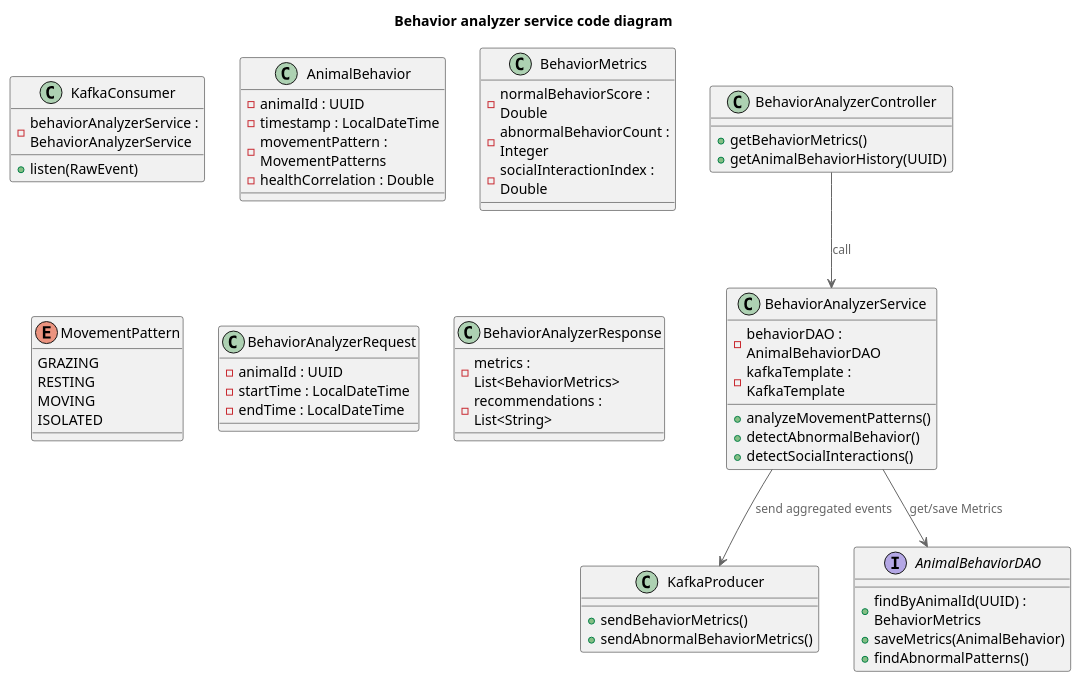
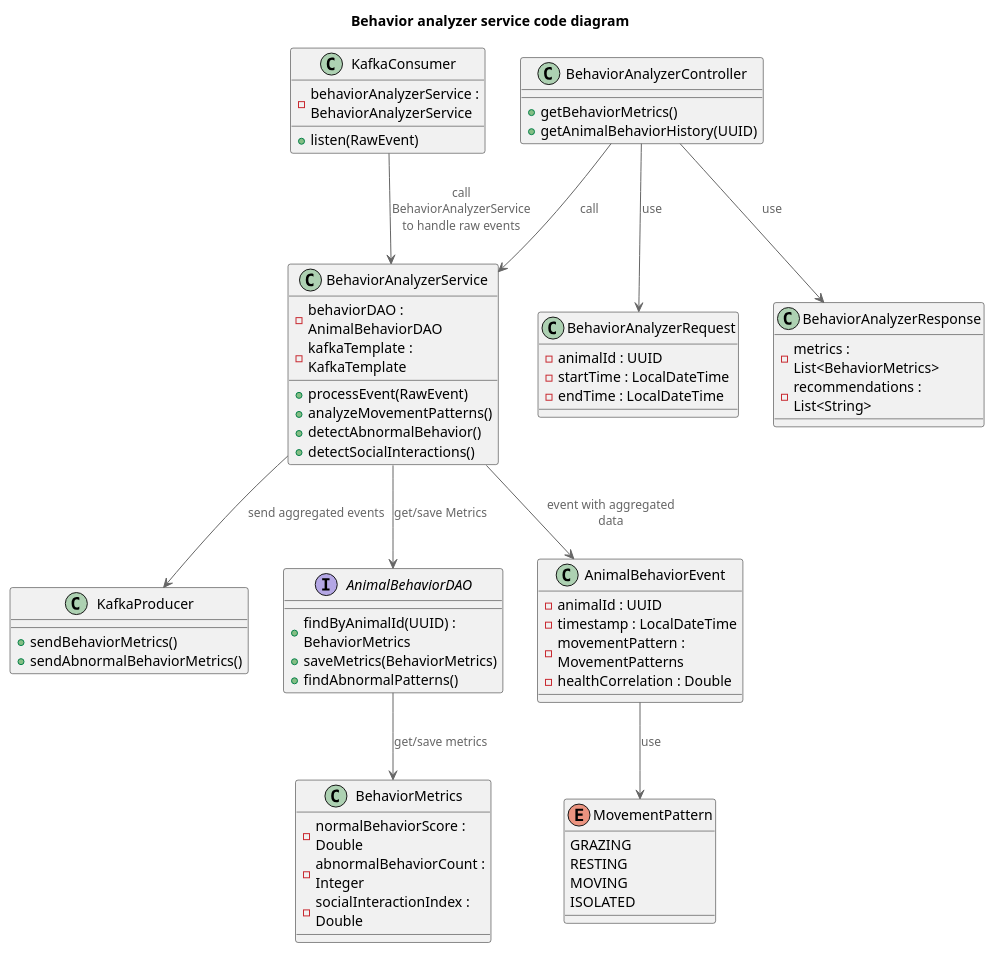
One commit to kmalkova94/MSA-AgroTech changed the diagram in Task3/C4(alt).puml. Above: the diagram before and after it, drawn with PlantUML. The commit also changed 6 other files, not shown here.

Commit message:
update diagrams

```diff
--- a/Task3/C4(alt).puml
+++ b/Task3/C4(alt).puml
@@ -1,71 +1,77 @@
 @startuml Диаграмма кода C4 Behavior Analyzer service
 !include https://raw.githubusercontent.com/plantuml-stdlib/C4-PlantUML/master/C4.puml
 
 title Behavior analyzer service code diagram
 
 class KafkaConsumer {
     -behaviorAnalyzerService : BehaviorAnalyzerService
     +listen(RawEvent)
 }
 
 class KafkaProducer {
     +sendBehaviorMetrics()
     +sendAbnormalBehaviorMetrics()
 }
 
 class BehaviorAnalyzerController {
     +getBehaviorMetrics()
     +getAnimalBehaviorHistory(UUID)
 }
 
 class BehaviorAnalyzerService {
     -behaviorDAO : AnimalBehaviorDAO
     -kafkaTemplate : KafkaTemplate
+    +processEvent(RawEvent)
     +analyzeMovementPatterns()
     +detectAbnormalBehavior()
     +detectSocialInteractions()
 }
 
 interface AnimalBehaviorDAO {
     +findByAnimalId(UUID) : BehaviorMetrics
-    +saveMetrics(AnimalBehavior)
+    +saveMetrics(BehaviorMetrics)
     +findAbnormalPatterns()
 }
 
-class AnimalBehavior {
+class AnimalBehaviorEvent {
     -animalId : UUID
     -timestamp : LocalDateTime
     -movementPattern : MovementPatterns 
     -healthCorrelation : Double
 }
 
 class BehaviorMetrics {
     -normalBehaviorScore : Double
     -abnormalBehaviorCount : Integer 
     -socialInteractionIndex : Double 
 }
 
 enum MovementPattern {
     GRAZING
     RESTING
     MOVING
     ISOLATED
 }
 
 class BehaviorAnalyzerRequest {
     -animalId : UUID 
     -startTime : LocalDateTime
     -endTime : LocalDateTime
 }
 
 class BehaviorAnalyzerResponse {
     -metrics : List<BehaviorMetrics>
     -recommendations : List<String>
 }
 
 BehaviorAnalyzerController --> BehaviorAnalyzerService : "call"
 BehaviorAnalyzerService --> AnimalBehaviorDAO : "get/save Metrics"
 BehaviorAnalyzerService --> KafkaProducer : send aggregated events
-
+BehaviorAnalyzerController --> BehaviorAnalyzerRequest : "use"
+BehaviorAnalyzerController --> BehaviorAnalyzerResponse : "use"
+AnimalBehaviorEvent --> MovementPattern : "use"
+KafkaConsumer --> BehaviorAnalyzerService : "call BehaviorAnalyzerService to handle raw events"
+AnimalBehaviorDAO --> BehaviorMetrics : "get/save metrics"
+BehaviorAnalyzerService --> AnimalBehaviorEvent : "event with aggregated data"
 
 @enduml
```
